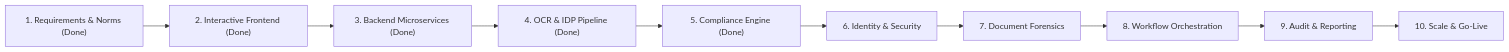
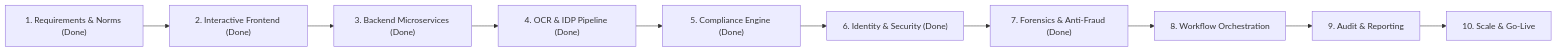
One commit to nitin24x7/SatyaSetu_AI changed the fourth of 4 diagrams in SatyaSetu_AI_Project_Dossier.md. Above: the diagram before and after it, drawn with Mermaid. The commit also changed other lines of this file and 15 other files, not shown here.

Commit message:
feat(forensics): complete Phase 7 Document Forensics, Anti-Fraud & Visual Integrity Analysis

````diff
--- a/SatyaSetu_AI_Project_Dossier.md
+++ b/SatyaSetu_AI_Project_Dossier.md
@@ -206,12 +206,12 @@
 ```mermaid
 flowchart LR
     P1["1. Requirements & Norms (Done)"] --> P2["2. Interactive Frontend (Done)"]
     P2 --> P3["3. Backend Microservices (Done)"]
     P3 --> P4["4. OCR & IDP Pipeline (Done)"]
     P4 --> P5["5. Compliance Engine (Done)"]
-    P5 --> P6["6. Identity & Security"]
-    P6 --> P7["7. Document Forensics"]
+    P5 --> P6["6. Identity & Security (Done)"]
+    P6 --> P7["7. Forensics & Anti-Fraud (Done)"]
     P7 --> P8["8. Workflow Orchestration"]
     P8 --> P9["9. Audit & Reporting"]
     P9 --> P10["10. Scale & Go-Live"]
 ```
````
